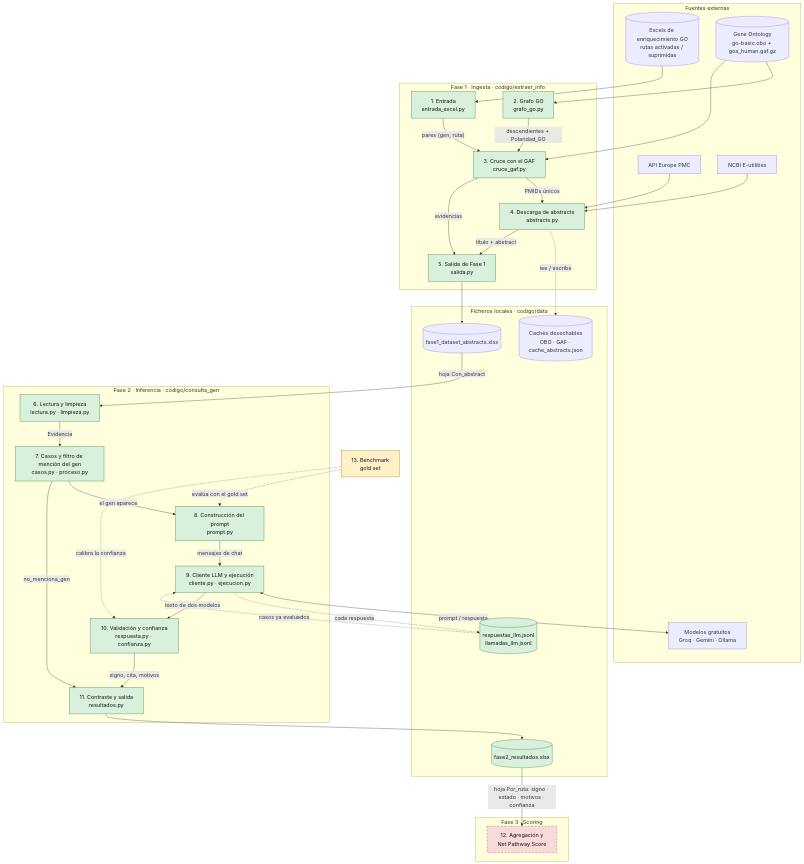
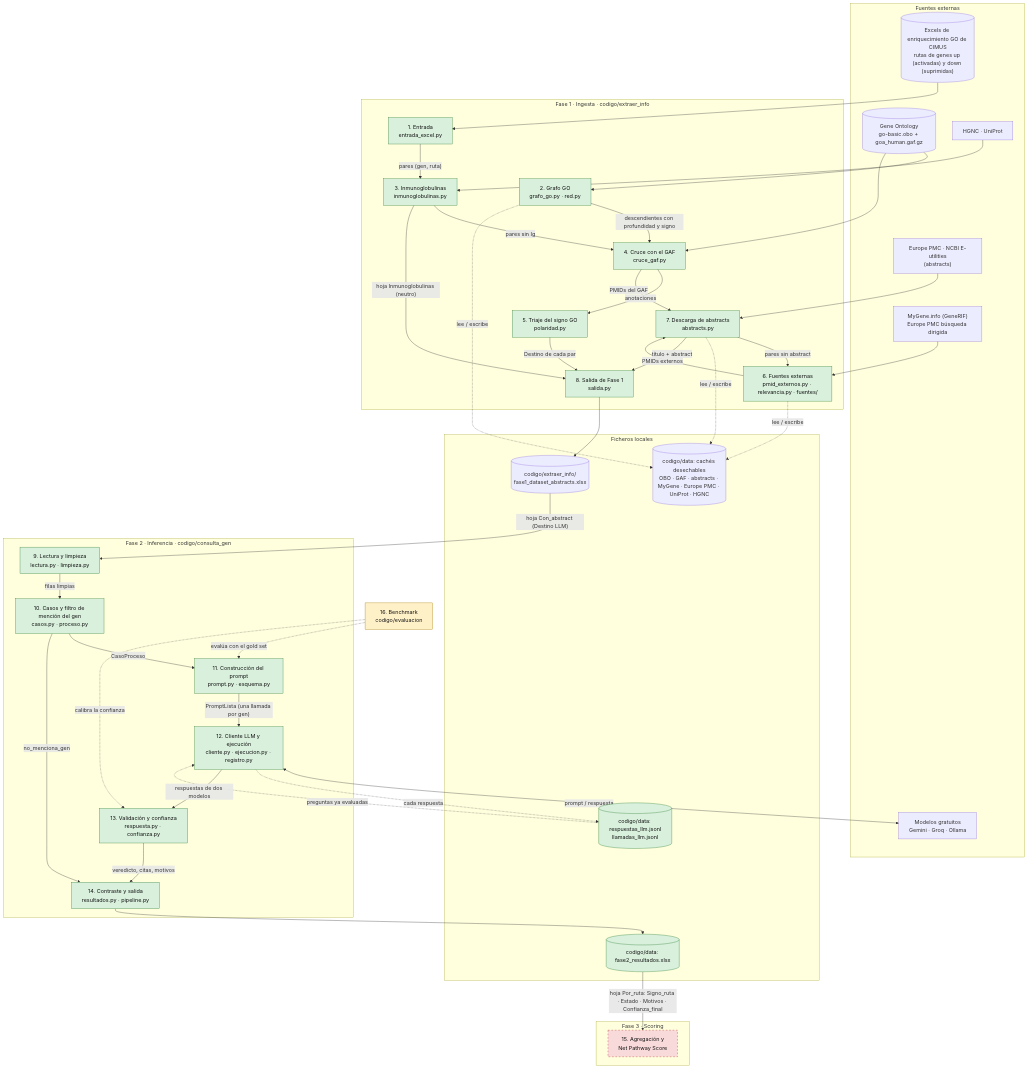
The diagram in entregas/cu-01-reinterpretacion-biologica/ARCHITECTURE.md (Pramm99/piia2-26), drawn with Mermaid before and after one commit. The commit also changed other lines of this file and 12 other files, not shown here.

First line of the commit message:
Fase 1 (INGESTA) y Fase 2: documentación alineada con el código

````diff
--- a/entregas/cu-01-reinterpretacion-biologica/ARCHITECTURE.md
+++ b/entregas/cu-01-reinterpretacion-biologica/ARCHITECTURE.md
@@ -13,68 +13,80 @@
 ```mermaid
 flowchart TD
     subgraph EXT["Fuentes externas"]
-        CIMUS[("Excels de enriquecimiento GO<br/>rutas activadas / suprimidas")]
+        CIMUS[("Excels de enriquecimiento GO de CIMUS<br/>rutas de genes up (activadas) y down (suprimidas)")]
         GOF[("Gene Ontology<br/>go-basic.obo + goa_human.gaf.gz")]
-        EPMC["API Europe PMC"]
-        NCBI["NCBI E-utilities"]
-        LLMS["Modelos gratuitos<br/>Groq · Gemini · Ollama"]
+        HGNC["HGNC · UniProt"]
+        EXTB["MyGene.info (GeneRIF)<br/>Europe PMC búsqueda dirigida"]
+        EPMC["Europe PMC · NCBI E-utilities<br/>(abstracts)"]
+        LLMS["Modelos gratuitos<br/>Gemini · Groq · Ollama"]
     end
 
     subgraph F1["Fase 1 · Ingesta · codigo/extraer_info"]
         E1["1. Entrada<br/>entrada_excel.py"]
-        E2["2. Grafo GO<br/>grafo_go.py"]
-        E3["3. Cruce con el GAF<br/>cruce_gaf.py"]
-        E4["4. Descarga de abstracts<br/>abstracts.py"]
-        E5["5. Salida de Fase 1<br/>salida.py"]
+        E2["2. Grafo GO<br/>grafo_go.py · red.py"]
+        E3["3. Inmunoglobulinas<br/>inmunoglobulinas.py"]
+        E4["4. Cruce con el GAF<br/>cruce_gaf.py"]
+        E5["5. Triaje del signo GO<br/>polaridad.py"]
+        E6["6. Fuentes externas<br/>pmid_externos.py · relevancia.py · fuentes/"]
+        E7["7. Descarga de abstracts<br/>abstracts.py"]
+        E8["8. Salida de Fase 1<br/>salida.py"]
     end
 
-    subgraph DATA["Ficheros locales · codigo/data"]
-        CACHE[("Cachés desechables<br/>OBO · GAF · cache_abstracts.json")]
-        XLSX[("fase1_dataset_abstracts.xlsx")]
-        REG[("respuestas_llm.jsonl<br/>llamadas_llm.jsonl")]
-        RES[("fase2_resultados.xlsx")]
+    subgraph DATA["Ficheros locales"]
+        CACHE[("codigo/data: cachés desechables<br/>OBO · GAF · abstracts · MyGene · Europe PMC · UniProt · HGNC")]
+        XLSX[("codigo/extraer_info/<br/>fase1_dataset_abstracts.xlsx")]
+        REG[("codigo/data: respuestas_llm.jsonl<br/>llamadas_llm.jsonl")]
+        RES[("codigo/data: fase2_resultados.xlsx")]
     end
 
     subgraph F2["Fase 2 · Inferencia · codigo/consulta_gen"]
-        L1["6. Lectura y limpieza<br/>lectura.py · limpieza.py"]
-        L2["7. Casos y filtro de mención del gen<br/>casos.py · proceso.py"]
-        L3["8. Construcción del prompt<br/>prompt.py"]
-        L4["9. Cliente LLM y ejecución<br/>cliente.py · ejecucion.py"]
-        L5["10. Validación y confianza<br/>respuesta.py · confianza.py"]
-        L6["11. Contraste y salida<br/>resultados.py"]
+        L1["9. Lectura y limpieza<br/>lectura.py · limpieza.py"]
+        L2["10. Casos y filtro de mención del gen<br/>casos.py · proceso.py"]
+        L3["11. Construcción del prompt<br/>prompt.py · esquema.py"]
+        L4["12. Cliente LLM y ejecución<br/>cliente.py · ejecucion.py · registro.py"]
+        L5["13. Validación y confianza<br/>respuesta.py · confianza.py"]
+        L6["14. Contraste y salida<br/>resultados.py · pipeline.py"]
     end
 
     subgraph F3["Fase 3 · Scoring"]
-        S1["12. Agregación y<br/>Net Pathway Score"]
+        S1["15. Agregación y<br/>Net Pathway Score"]
     end
 
-    B1["13. Benchmark<br/>gold set"]
+    B1["16. Benchmark<br/>codigo/evaluacion"]
 
     CIMUS --> E1
     GOF --> E2
-    GOF --> E3
+    GOF --> E4
     E1 -->|"pares (gen, ruta)"| E3
-    E2 -->|"descendientes + Polaridad_GO"| E3
-    E3 -->|"PMIDs únicos"| E4
-    EPMC --> E4
-    NCBI --> E4
-    E4 -.->|"lee / escribe"| CACHE
-    E3 -->|"evidencias"| E5
-    E4 -->|"título + abstract"| E5
-    E5 --> XLSX
+    HGNC --> E3
+    E3 -->|"pares sin Ig"| E4
+    E2 -->|"descendientes con profundidad y signo"| E4
+    E4 -->|"anotaciones"| E5
+    E4 -->|"PMIDs del GAF"| E7
+    E7 -->|"pares sin abstract"| E6
+    EXTB --> E6
+    E6 -->|"PMIDs externos"| E7
+    EPMC --> E7
+    E2 -.->|"lee / escribe"| CACHE
+    E6 -.->|"lee / escribe"| CACHE
+    E7 -.->|"lee / escribe"| CACHE
+    E3 -->|"hoja Inmunoglobulinas (neutro)"| E8
+    E5 -->|"Destino de cada par"| E8
+    E7 -->|"título + abstract"| E8
+    E8 --> XLSX
 
-    XLSX -->|"hoja Con_abstract"| L1
-    L1 -->|"Evidencia"| L2
-    L2 -->|"el gen aparece"| L3
+    XLSX -->|"hoja Con_abstract (Destino LLM)"| L1
+    L1 -->|"filas limpias"| L2
+    L2 -->|"CasoProceso"| L3
     L2 -->|"no_menciona_gen"| L6
-    L3 -->|"mensajes de chat"| L4
+    L3 -->|"PromptLista (una llamada por gen)"| L4
     L4 <-->|"prompt / respuesta"| LLMS
     L4 -.->|"cada respuesta"| REG
-    REG -.->|"casos ya evaluados"| L4
-    L4 -->|"texto de dos modelos"| L5
-    L5 -->|"signo, cita, motivos"| L6
+    REG -.->|"preguntas ya evaluadas"| L4
+    L4 -->|"respuestas de dos modelos"| L5
+    L5 -->|"veredicto, citas, motivos"| L6
     L6 --> RES
-    RES -->|"hoja Por_ruta: signo · estado · motivos · confianza"| S1
+    RES -->|"hoja Por_ruta: Signo_ruta · Estado · Motivos · Confianza_final"| S1
 
     B1 -.->|"evalúa con el gold set"| L3
     B1 -.->|"calibra la confianza"| L5
@@ -82,7 +94,7 @@
     classDef hecho fill:#d8f0dc,stroke:#2e7d32,color:#111
     classDef parcial fill:#fff1c7,stroke:#a77b00,color:#111
     classDef pendiente fill:#f9dada,stroke:#b3261e,color:#111,stroke-dasharray:5 5
-    class E1,E2,E3,E4,E5 hecho
+    class E1,E2,E3,E4,E5,E6,E7,E8 hecho
     class L1,L2,L3,L4,L5,L6,REG,RES hecho
     class B1 parcial
     class S1 pendiente
````
